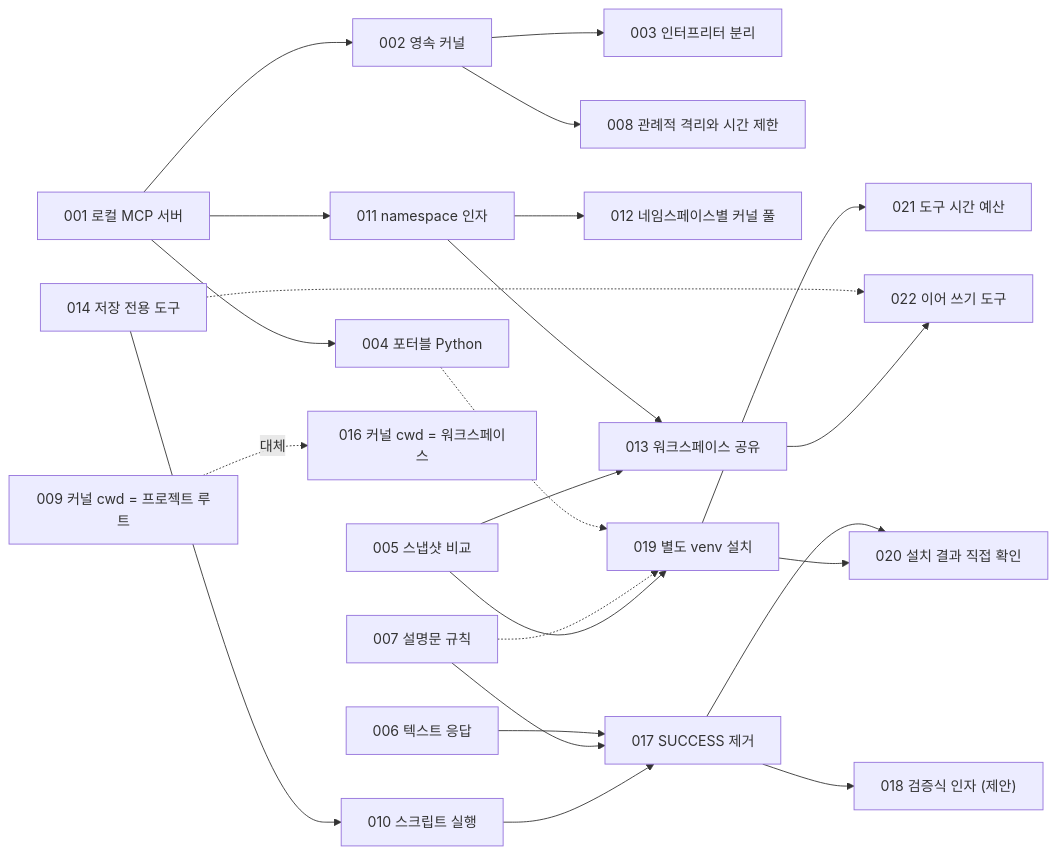
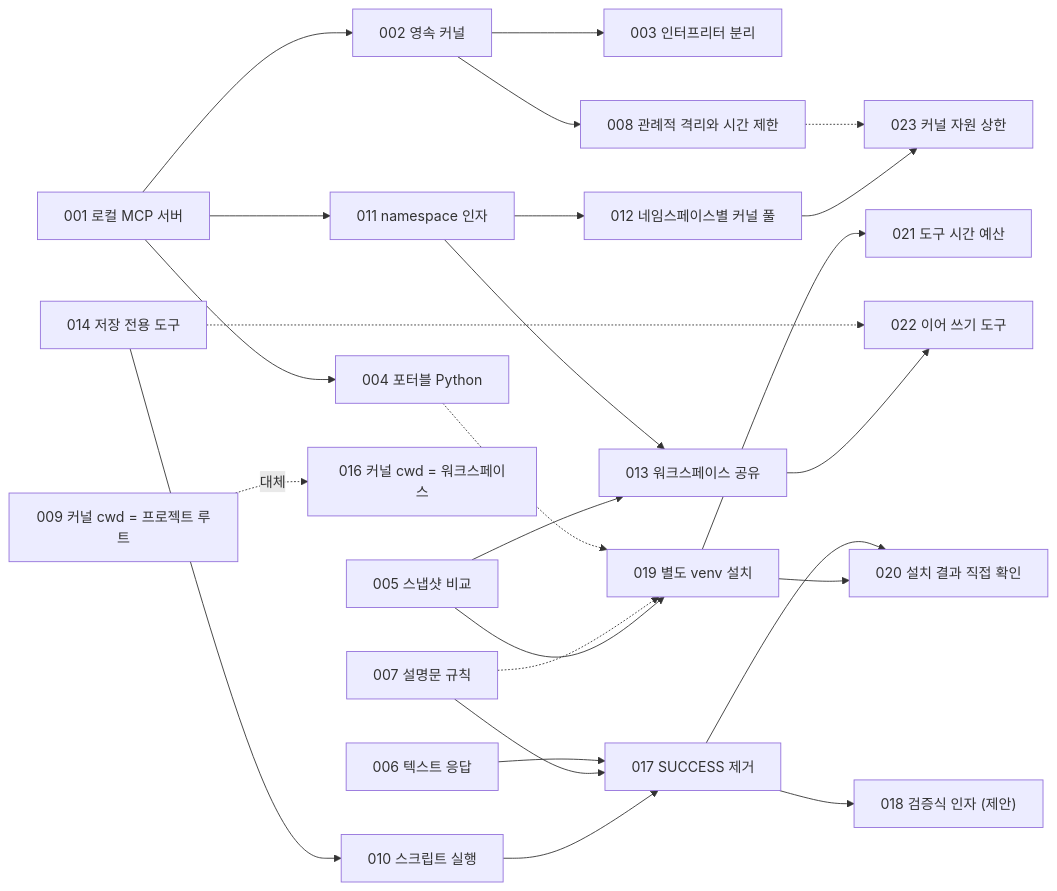
The diagram in lectures/adr/README.md (HaJaehee/AirGappedPySandbox), drawn with Mermaid before and after one commit. The commit also changed other lines of this file and 20 other files, not shown here.

````diff
--- a/lectures/adr/README.md
+++ b/lectures/adr/README.md
@@ -58,25 +59,27 @@
 ```mermaid
 flowchart LR
     A001["001 로컬 MCP 서버"] --> A002["002 영속 커널"]
     A001 --> A004["004 포터블 Python"]
     A001 --> A011["011 namespace 인자"]
     A002 --> A003["003 인터프리터 분리"]
     A002 --> A008["008 관례적 격리와 시간 제한"]
     A011 --> A012["012 네임스페이스별 커널 풀"]
     A011 --> A013["013 워크스페이스 공유"]
     A005["005 스냅샷 비교"] --> A013
     A009["009 커널 cwd = 프로젝트 루트"] -. "대체" .-> A016["016 커널 cwd = 워크스페이스"]
     A006["006 텍스트 응답"] --> A017["017 SUCCESS 제거"]
     A007["007 설명문 규칙"] --> A017
     A017 --> A018["018 검증식 인자 (제안)"]
     A017 --> A020["020 설치 결과 직접 확인"]
     A004 -.-> A019["019 별도 venv 설치"]
     A007 -.-> A019
     A005 --> A019
     A019 --> A020
     A019 --> A021["021 도구 시간 예산"]
     A010["010 스크립트 실행"] --> A017
     A014["014 저장 전용 도구"] --> A010
     A014 -.-> A022["022 이어 쓰기 도구"]
     A013 --> A022
+    A008 -.-> A023["023 커널 자원 상한"]
+    A012 --> A023
 ```
````
